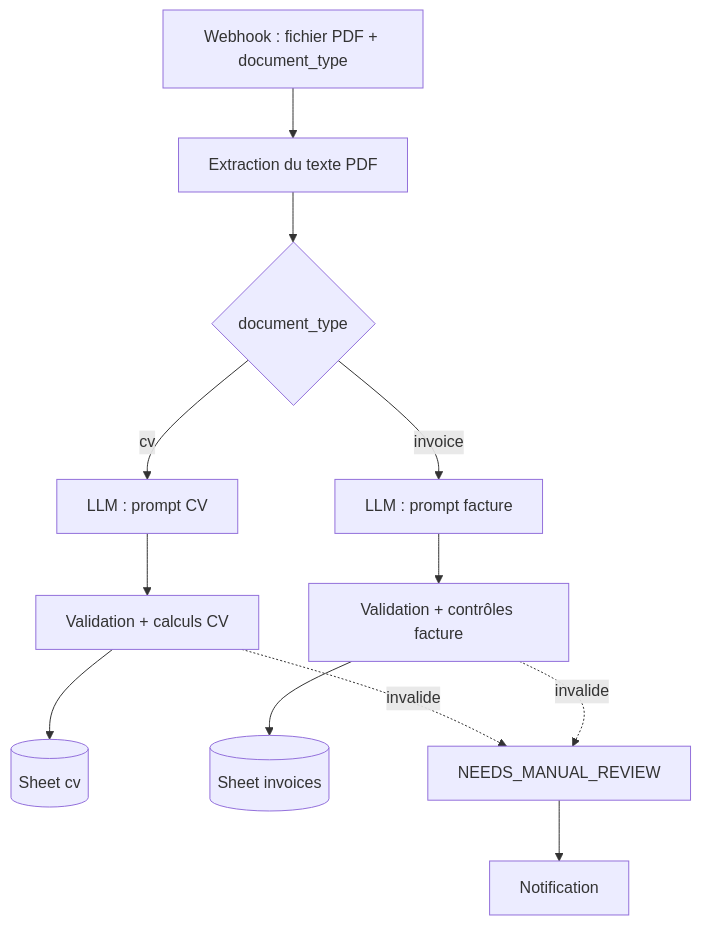
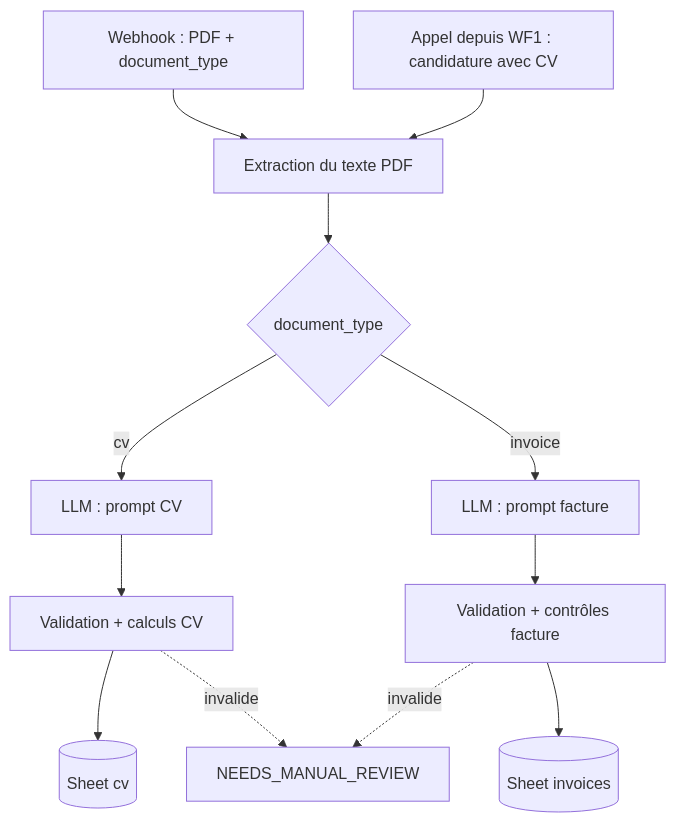
One commit to ToandroMananjara/ai-business-automation-n8n changed the fifth of 8 diagrams in docs/cdc.md. Above: the diagram before and after it, drawn with Mermaid. The commit also changed other lines of this file and 5 other files, not shown here.

````diff
--- a/docs/cdc.md
+++ b/docs/cdc.md
@@ -277,14 +411,14 @@
 ```mermaid
 flowchart TD
-    A[Webhook : fichier PDF + document_type] --> B[Extraction du texte PDF]
+    A[Webhook : PDF + document_type] --> B[Extraction du texte PDF]
+    A2[Appel depuis WF1 : candidature avec CV] --> B
     B --> C{document_type}
     C -- cv --> D[LLM : prompt CV]
     C -- invoice --> E[LLM : prompt facture]
     D --> F[Validation + calculs CV]
     E --> G[Validation + contrôles facture]
     F --> H[(Sheet cv)]
     G --> I[(Sheet invoices)]
     F -. invalide .-> R[NEEDS_MANUAL_REVIEW]
     G -. invalide .-> R
-    R --> N[Notification]
 ```
````
